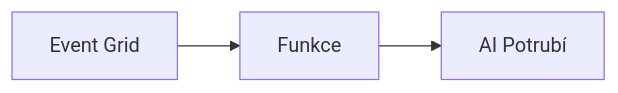
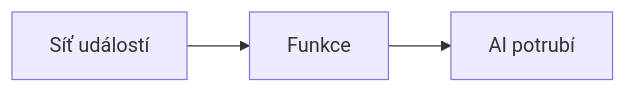
The second of 2 diagrams in translations/cs/docs/chapter-08-production/README.md (microsoft/AZD-for-beginners), drawn with Mermaid before and after one commit. The commit also changed other lines of this file and 104 other files, not shown here.

````diff
--- a/translations/cs/docs/chapter-08-production/README.md
+++ b/translations/cs/docs/chapter-08-production/README.md
@@ -56,4 +57,4 @@
 ```mermaid
 graph LR
-    EventGrid[Event Grid] --> Functions[Funkce] --> Pipeline[AI Potrubí]
+    EventGrid[Síť událostí] --> Functions[Funkce] --> Pipeline[AI potrubí]
 ```
````
